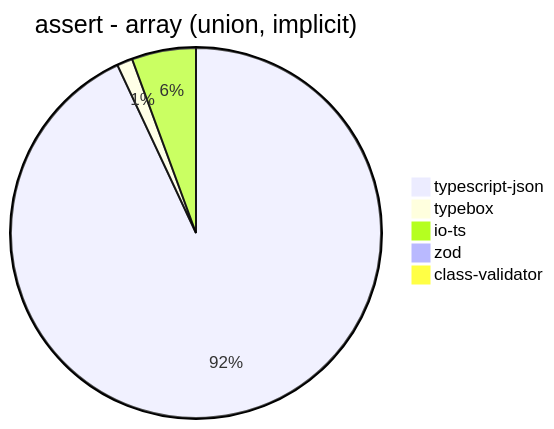
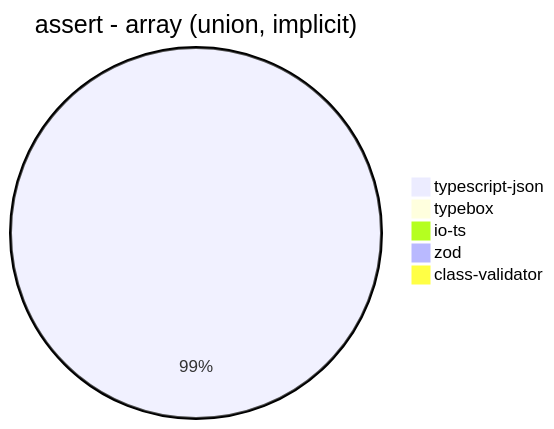
Diagram 15 of 39 in benchmark/results/AMD Ryzen 9 5900HX with Radeon Graphics.md (samchon/typia), drawn with Mermaid before and after one commit. The commit also changed other lines of this file and 3 other files, not shown here.

````diff
--- a/benchmark/results/AMD Ryzen 9 5900HX with Radeon Graphics.md
+++ b/benchmark/results/AMD Ryzen 9 5900HX with Radeon Graphics.md
@@ -186,8 +186,8 @@
 ```mermaid
 pie title assert - array (union, implicit)
-  "typescript-json": 2004.5720555961962
-  "typebox": 29.389600602863602
-  "io-ts": 120.72138387927862
-  "zod": 3.9727582292849037
-  "class-validator": 9.818451278251205
+  "typescript-json": 1212.6311979732175
+  "typebox": 0
+  "io-ts": 0
+  "zod": 1.889287738522577
+  "class-validator": 5.491384207536452
 ```
````
